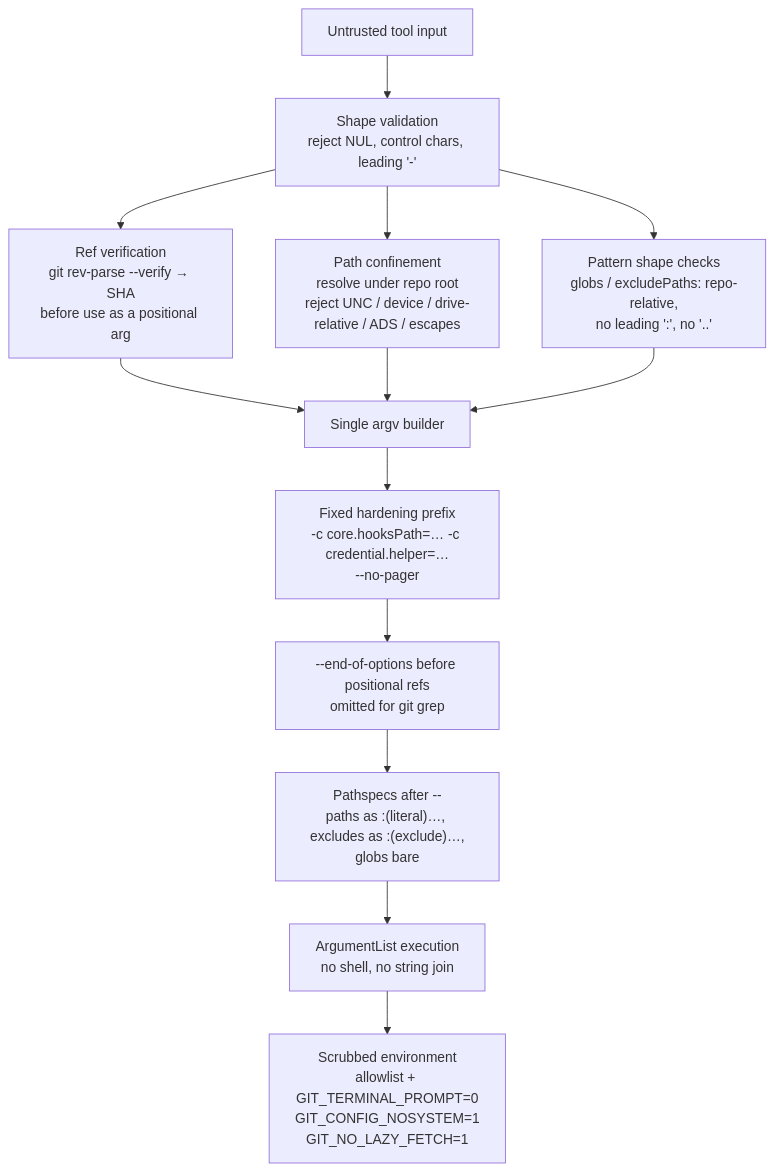
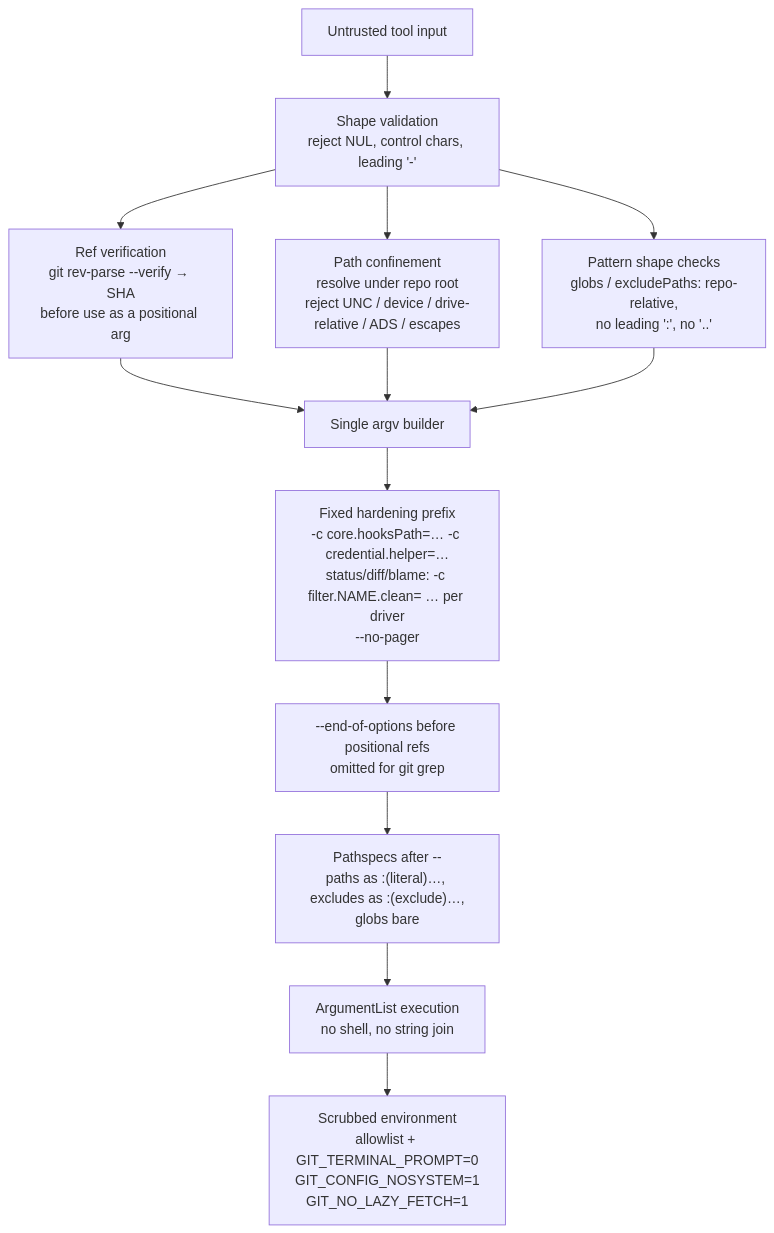
One commit to brenordv/mcp-toolset changed diagram 14 of 14 in src/RaccoonNinja.McpToolset.Server.GitOps/README.md. Above: the diagram before and after it, drawn with Mermaid. The commit also changed other lines of this file and 15 other files, not shown here.

First line of the commit message:
**Pin filter drivers in `git_status`, `git_diff`, and `git_blame` to prevent execution of arbitrary commands**

````diff
--- a/src/RaccoonNinja.McpToolset.Server.GitOps/README.md
+++ b/src/RaccoonNinja.McpToolset.Server.GitOps/README.md
@@ -522,15 +529,15 @@
 ```mermaid
 flowchart TD
     A[Untrusted tool input] --> B[Shape validation<br/>reject NUL, control chars, leading '-']
     B --> C[Ref verification<br/>git rev-parse --verify → SHA<br/>before use as a positional arg]
     B --> D[Path confinement<br/>resolve under repo root<br/>reject UNC / device / drive-relative / ADS / escapes]
     B --> P["Pattern shape checks<br/>globs / excludePaths: repo-relative,<br/>no leading ':', no '..'"]
     C --> E[Single argv builder]
     D --> E
     P --> E
-    E --> F[Fixed hardening prefix<br/>-c core.hooksPath=… -c credential.helper=…<br/>--no-pager]
+    E --> F[Fixed hardening prefix<br/>-c core.hooksPath=… -c credential.helper=…<br/>status/diff/blame: -c filter.NAME.clean= … per driver<br/>--no-pager]
     F --> G[--end-of-options before positional refs<br/>omitted for git grep]
     G --> S["Pathspecs after --<br/>paths as :(literal)…, excludes as :(exclude)…,<br/>globs bare"]
     S --> H[ArgumentList execution<br/>no shell, no string join]
     H --> I[Scrubbed environment<br/>allowlist + GIT_TERMINAL_PROMPT=0<br/>GIT_CONFIG_NOSYSTEM=1<br/>GIT_NO_LAZY_FETCH=1]
 ```
````
